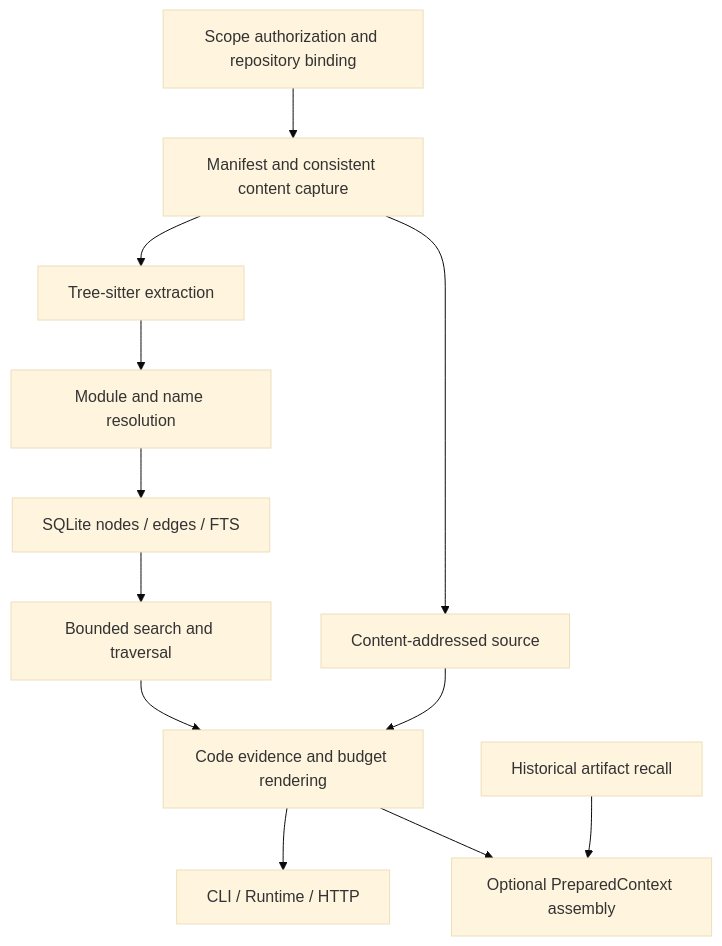
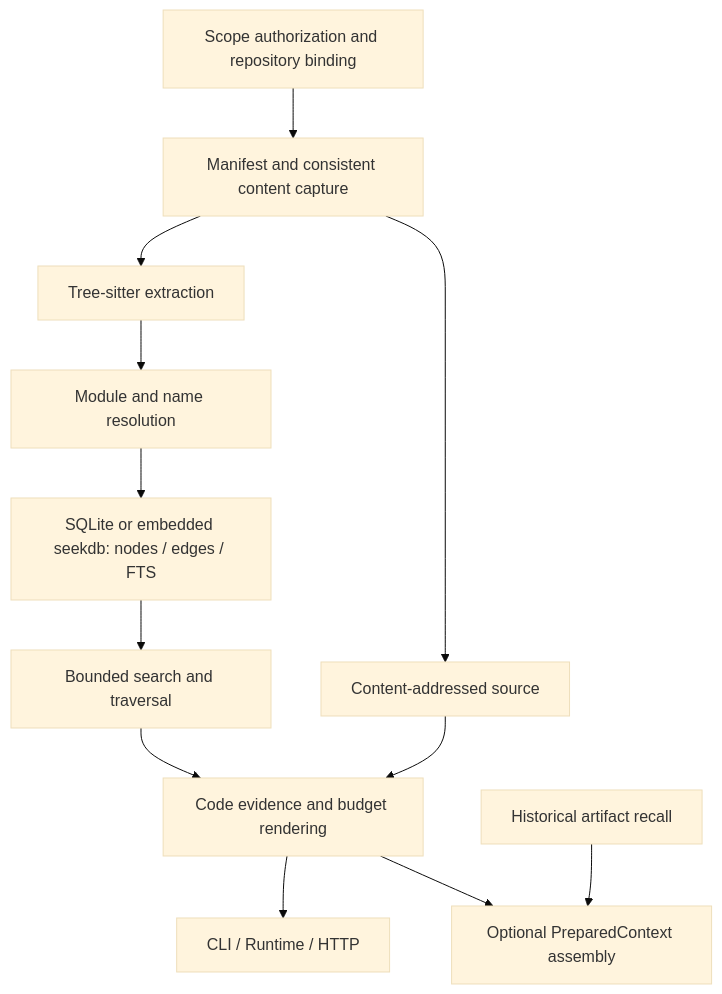
The diagram in docs/en/rfcs/1708-native-git-code-understanding.md (222twotwotwo/powercontext), drawn with Mermaid (base theme) before and after one commit. The commit also changed other lines of this file and 19 other files, not shown here.

Commit message:
feat(code): support embedded seekdb graph storage

````diff
--- a/docs/en/rfcs/1708-native-git-code-understanding.md
+++ b/docs/en/rfcs/1708-native-git-code-understanding.md
@@ -154,14 +155,14 @@
 ```mermaid
 flowchart TD
     A[Scope authorization and repository binding] --> B[Manifest and consistent content capture]
     B --> C[Tree-sitter extraction]
     C --> D[Module and name resolution]
-    D --> E[SQLite nodes / edges / FTS]
+    D --> E[SQLite or embedded seekdb: nodes / edges / FTS]
     E --> F[Bounded search and traversal]
     B --> G[Content-addressed source]
     F --> H[Code evidence and budget rendering]
     G --> H
     H --> I[CLI / Runtime / HTTP]
     H --> J[Optional PreparedContext assembly]
     K[Historical artifact recall] --> J
 ```
````
